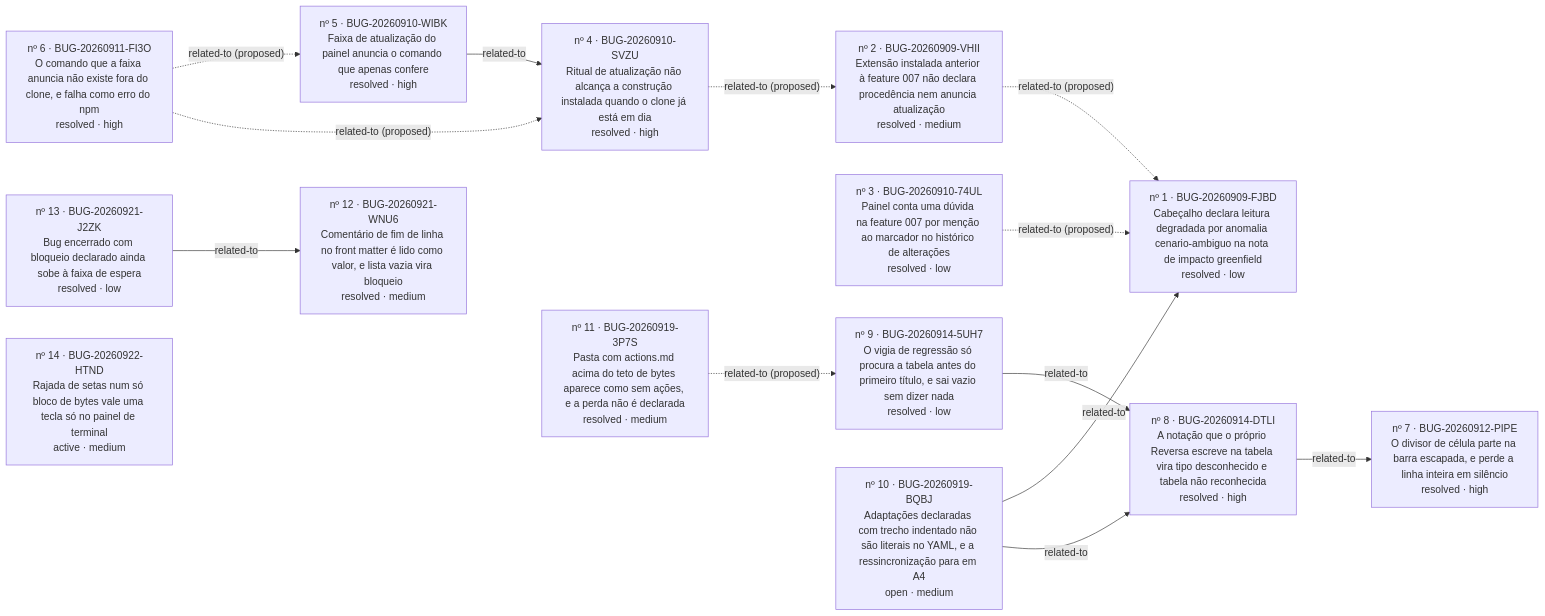
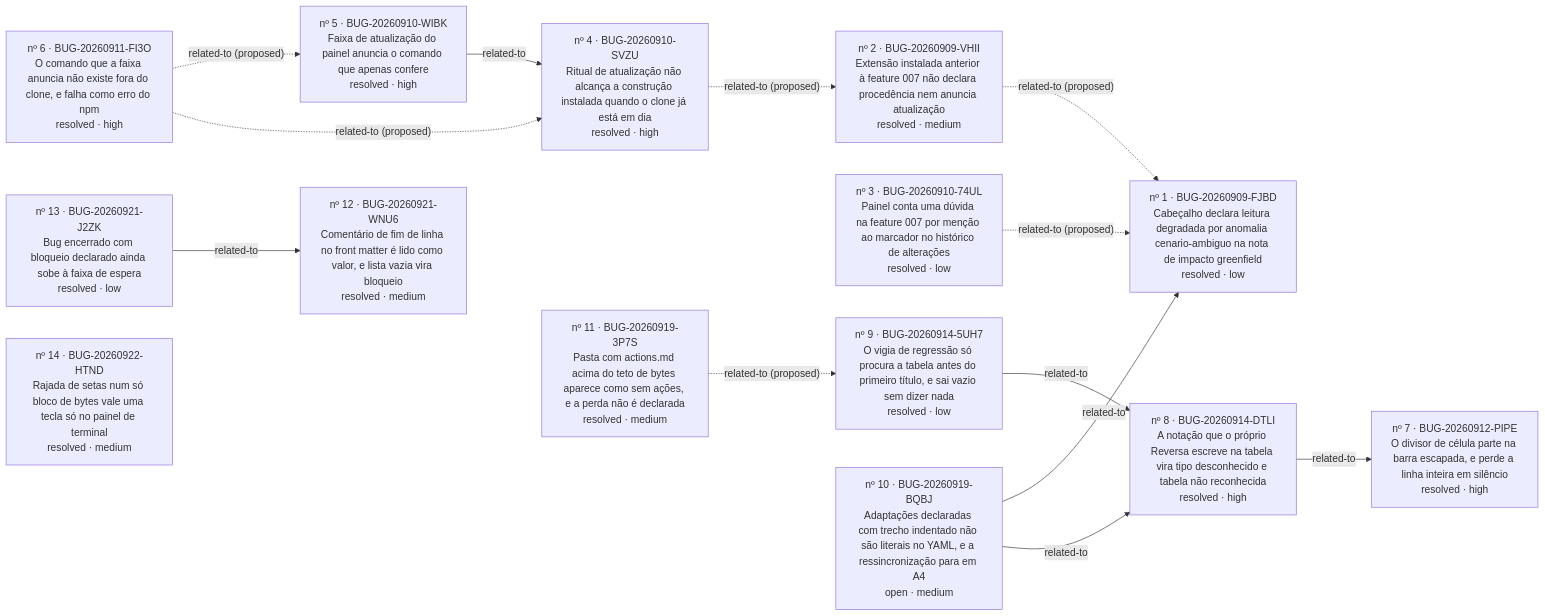
One commit to iago-leal/reversa-views changed the diagram in _reversa_bugs/painel-do-processo/generated/graph.md. Above: the diagram before and after it, drawn with Mermaid. The commit also changed other lines of this file and 8 other files, not shown here.

````diff
--- a/_reversa_bugs/painel-do-processo/generated/graph.md
+++ b/_reversa_bugs/painel-do-processo/generated/graph.md
@@ -4,29 +4,29 @@
 ```mermaid
 graph LR
   BUG_20260909_FJBD["nº 1 · BUG-20260909-FJBD<br/>Cabeçalho declara leitura degradada por anomalia cenario-ambiguo na nota de impacto greenfield<br/>resolved · low"]
   BUG_20260909_VHII["nº 2 · BUG-20260909-VHII<br/>Extensão instalada anterior à feature 007 não declara procedência nem anuncia atualização<br/>resolved · medium"]
   BUG_20260910_74UL["nº 3 · BUG-20260910-74UL<br/>Painel conta uma dúvida na feature 007 por menção ao marcador no histórico de alterações<br/>resolved · low"]
   BUG_20260910_SVZU["nº 4 · BUG-20260910-SVZU<br/>Ritual de atualização não alcança a construção instalada quando o clone já está em dia<br/>resolved · high"]
   BUG_20260910_WIBK["nº 5 · BUG-20260910-WIBK<br/>Faixa de atualização do painel anuncia o comando que apenas confere<br/>resolved · high"]
   BUG_20260911_FI3O["nº 6 · BUG-20260911-FI3O<br/>O comando que a faixa anuncia não existe fora do clone, e falha como erro do npm<br/>resolved · high"]
   BUG_20260912_PIPE["nº 7 · BUG-20260912-PIPE<br/>O divisor de célula parte na barra escapada, e perde a linha inteira em silêncio<br/>resolved · high"]
   BUG_20260914_5UH7["nº 9 · BUG-20260914-5UH7<br/>O vigia de regressão só procura a tabela antes do primeiro título, e sai vazio sem dizer nada<br/>resolved · low"]
   BUG_20260914_DTLI["nº 8 · BUG-20260914-DTLI<br/>A notação que o próprio Reversa escreve na tabela vira tipo desconhecido e tabela não reconhecida<br/>resolved · high"]
   BUG_20260919_3P7S["nº 11 · BUG-20260919-3P7S<br/>Pasta com actions.md acima do teto de bytes aparece como sem ações, e a perda não é declarada<br/>resolved · medium"]
   BUG_20260919_BQBJ["nº 10 · BUG-20260919-BQBJ<br/>Adaptações declaradas com trecho indentado não são literais no YAML, e a ressincronização para em A4<br/>open · medium"]
   BUG_20260921_J2ZK["nº 13 · BUG-20260921-J2ZK<br/>Bug encerrado com bloqueio declarado ainda sobe à faixa de espera<br/>resolved · low"]
   BUG_20260921_WNU6["nº 12 · BUG-20260921-WNU6<br/>Comentário de fim de linha no front matter é lido como valor, e lista vazia vira bloqueio<br/>resolved · medium"]
-  BUG_20260922_HTND["nº 14 · BUG-20260922-HTND<br/>Rajada de setas num só bloco de bytes vale uma tecla só no painel de terminal<br/>active · medium"]
+  BUG_20260922_HTND["nº 14 · BUG-20260922-HTND<br/>Rajada de setas num só bloco de bytes vale uma tecla só no painel de terminal<br/>resolved · medium"]
   BUG_20260909_VHII -. related-to (proposed) .-> BUG_20260909_FJBD
   BUG_20260910_74UL -. related-to (proposed) .-> BUG_20260909_FJBD
   BUG_20260910_SVZU -. related-to (proposed) .-> BUG_20260909_VHII
   BUG_20260910_WIBK -- related-to --> BUG_20260910_SVZU
   BUG_20260911_FI3O -. related-to (proposed) .-> BUG_20260910_WIBK
   BUG_20260911_FI3O -. related-to (proposed) .-> BUG_20260910_SVZU
   BUG_20260914_5UH7 -- related-to --> BUG_20260914_DTLI
   BUG_20260914_DTLI -- related-to --> BUG_20260912_PIPE
   BUG_20260919_3P7S -. related-to (proposed) .-> BUG_20260914_5UH7
   BUG_20260919_BQBJ -- related-to --> BUG_20260909_FJBD
   BUG_20260919_BQBJ -- related-to --> BUG_20260914_DTLI
   BUG_20260921_J2ZK -- related-to --> BUG_20260921_WNU6
 ```
````
